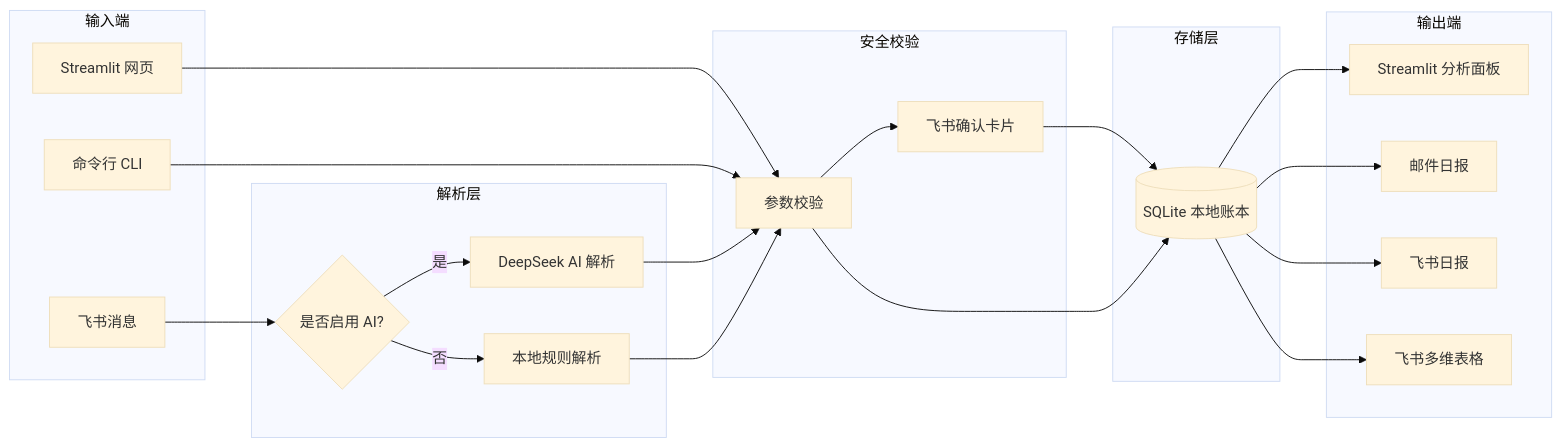
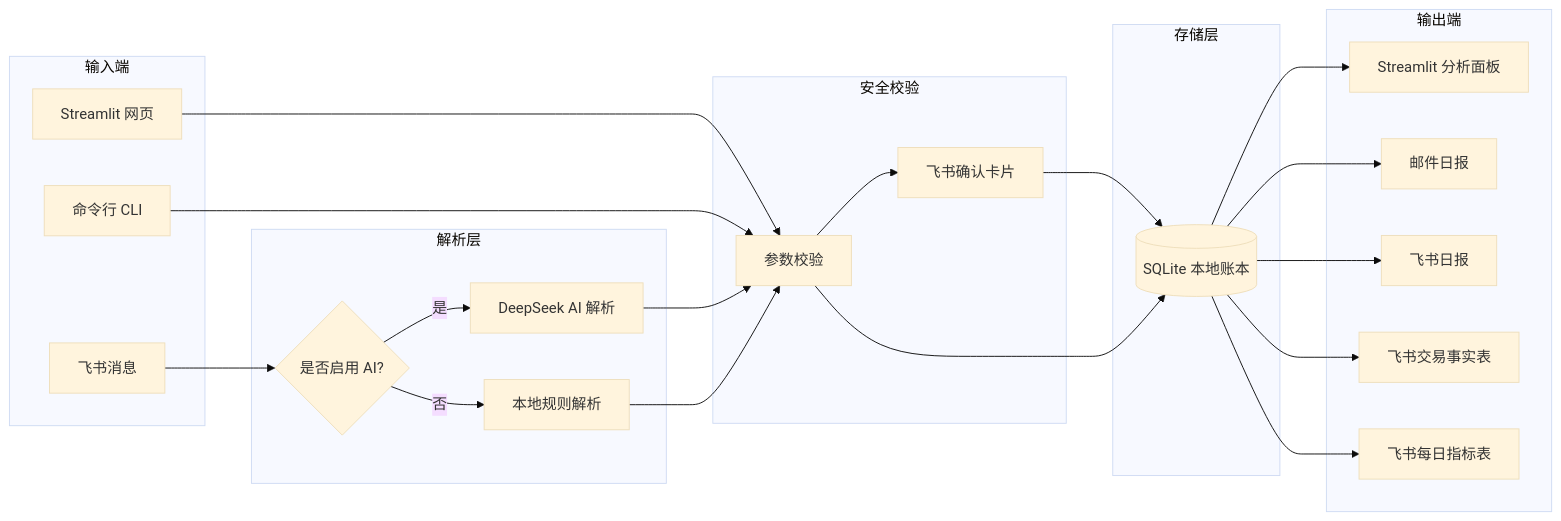
One commit to kingoahuy/finance_tracker changed the diagram in README.md. Above: the diagram before and after it, drawn with Mermaid (base theme). The commit also changed other lines of this file and 27 other files, not shown here.

````diff
--- a/README.md
+++ b/README.md
@@ -81,45 +92,47 @@
 ```mermaid
 flowchart LR
     subgraph 输入端
         A[飞书消息]
         B[Streamlit 网页]
         C[命令行 CLI]
     end
 
     subgraph 解析层
         D{是否启用 AI?}
         E[DeepSeek AI 解析]
         F[本地规则解析]
     end
 
     subgraph 安全校验
         G[参数校验]
         H[飞书确认卡片]
     end
 
     subgraph 存储层
         I[(SQLite 本地账本)]
     end
 
     subgraph 输出端
         J[Streamlit 分析面板]
         K[邮件日报]
         L[飞书日报]
-        M[飞书多维表格]
+        M1[飞书交易事实表]
+        M2[飞书每日指标表]
     end
 
     A --> D
     B --> G
     C --> G
     D -->|是| E
     D -->|否| F
     E --> G
     F --> G
     G --> H
     H --> I
     G --> I
     I --> J
     I --> K
     I --> L
-    I --> M
+    I --> M1
+    I --> M2
 ```
````
